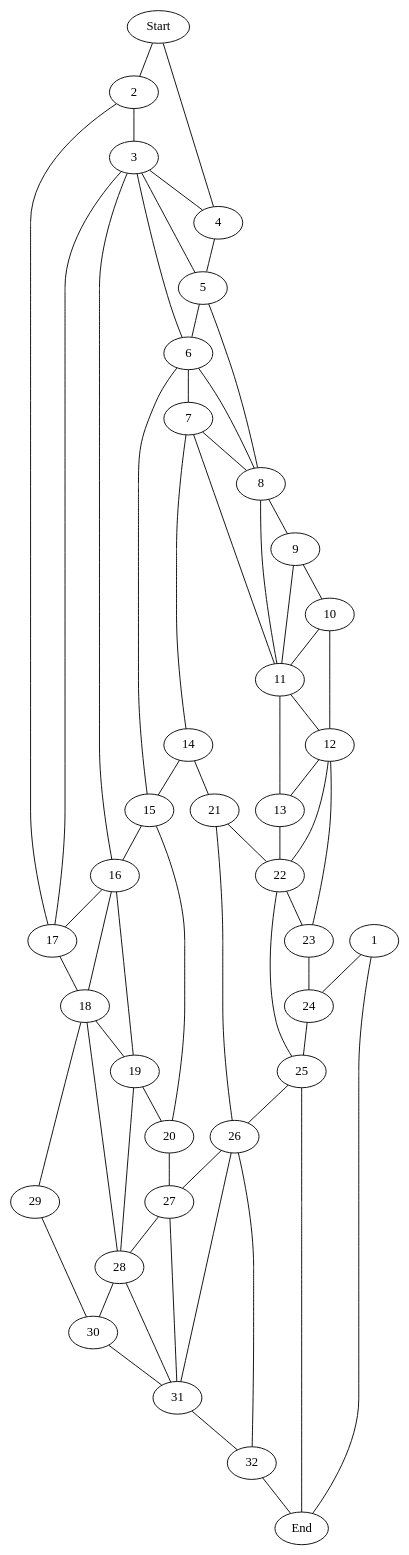
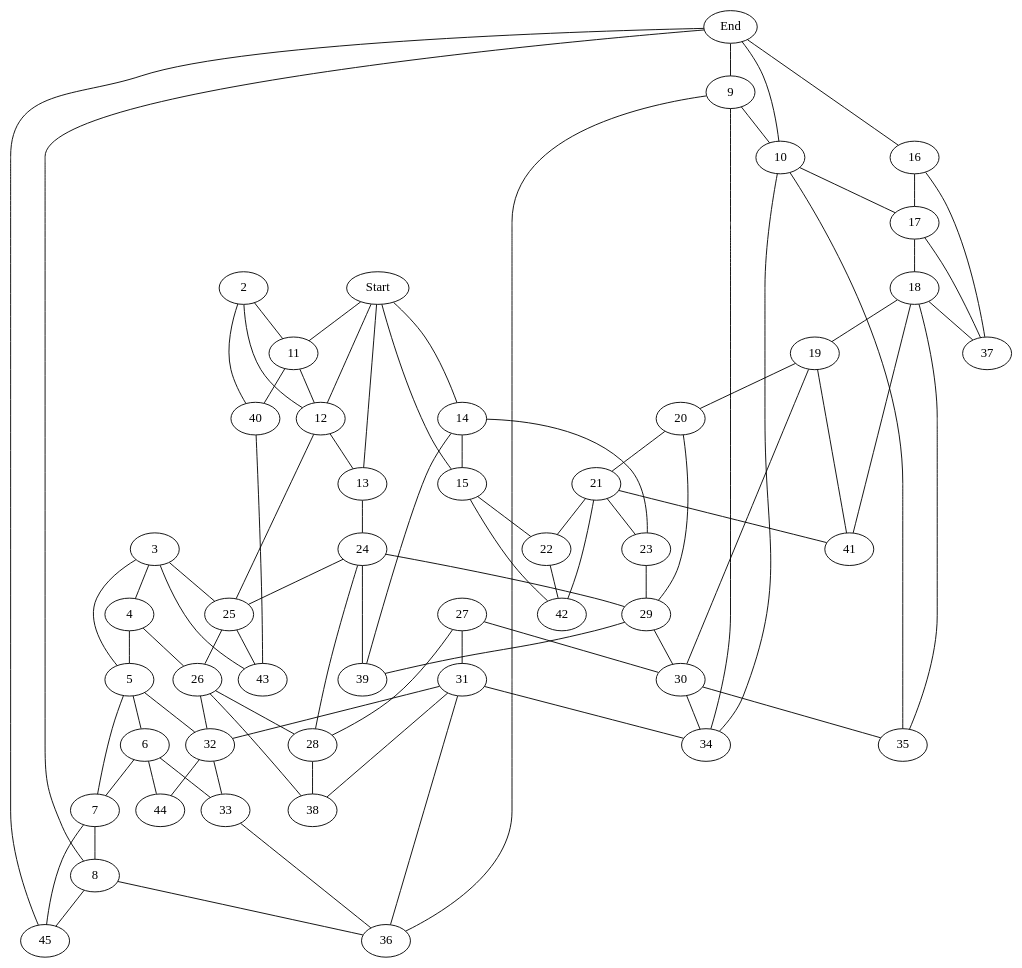
Before and after one commit to Narvik09/Shannon-Switching-Game: the diagram in out.dot, drawn with Graphviz. The commit also changed 83 other files, not shown here.

```diff
--- a/out.dot
+++ b/out.dot
@@ -1,139 +1,138 @@
-graph "Some Unique Identifier" {
-    // Graph - 1
-    // 0 [pos = "189,90";];
-    // 1 [pos = "366,370";];
-    // 2 [pos = "95,154";];
-    // 3 [pos = "318,157";];
-    // 4 [pos = "139,306";];
-    // 5 [pos = "256,305";];
-    // 6 [pos = "510,309";];
-    // 7 [pos = "430,167";];
-    // 8 [pos = "234,424";];
-    // 9 [pos = "365,491";];
-    // End [pos = "553,78";];
-    // Start [pos = "33,372";];
+graph prob29 {
+    Start [pos = "15, 241";];
+    End [pos = "607, 236";];
+    2 [pos = "98, 127";];
+    3 [pos = "196, 46";];
+    4 [pos = "295, 81";];
+    5 [pos = "394, 41";];
+    6 [pos = "481, 85";];
+    7 [pos = "572, 53";];
+    8 [pos = "537, 186";];
+    9 [pos = "526, 252";];
+    10 [pos = "513, 313";];
+    11 [pos = "29, 171";];
+    12 [pos = "101, 195";];
+    13 [pos = "123, 257";];
+    14 [pos = "81, 349";];
+    15 [pos = "31, 358";];
+    16 [pos = "588, 366";];
+    17 [pos = "495, 383";];
+    18 [pos = "427, 438";];
+    19 [pos = "350, 391";];
+    20 [pos = "208, 428";];
+    21 [pos = "110, 443";];
+    22 [pos = "72, 405";];
+    23 [pos = "168, 343";];
+    24 [pos = "188, 228";];
+    25 [pos = "164, 117";];
+    26 [pos = "289, 188";];
+    27 [pos = "333, 287";];
+    28 [pos = "273, 257";];
+    29 [pos = "266, 341";];
+    30 [pos = "332, 347";];
+    31 [pos = "397, 244";];
+    32 [pos = "383, 145";];
+    33 [pos = "474, 179";];
+    34 [pos = "456, 288";];
+    35 [pos = "445, 364";];
+    36 [pos = "476, 220";];
+    37 [pos = "525, 436";];
+    38 [pos = "358, 216";];
+    39 [pos = "187, 292";];
+    40 [pos = "46, 51";];
+    41 [pos = "280, 466";];
+    42 [pos = "29, 438";];
+    43 [pos = "125, 32";];
+    44 [pos = "430, 114";];
+    45 [pos = "609, 128";];
     
-    // // 0 -- 1 [key = "special";];
-    // 0 -- 2 [key = "12";];
-    // 2 -- 4 [key = "13";];
-    // 4 -- 5 [key = "14";];
-    // 1 -- 5 [key = "15";];
-    // 1 -- 6 [key = "16";];
-    // 6 -- 7 [key = "17";];
-    // 3 -- 7 [key = "18";];
-    // 0 -- 3 [key = "19";];
-    // 3 -- 5 [key = "20";];
-    // 0 -- 9 [key = "21";];
-    // 7 -- 9 [key = "22";];
-    // 3 -- 9 [key = "23";];
-    // 1 -- 8 [key = "24";];
-    // 5 -- 8 [key = "25";];
-    // 4 -- 8 [key = "26";];
-    // 6 -- End [key = "27";];
-    // 9 -- End [key = "28";];
-    // 7 -- End [key = "29";];
-    // 4 -- Start [key = "30";];
-    // 8 -- Start [key = "31";];
-    // 2 -- Start [key = "32";];
-    
-    Start [pos = "39, 449";];
-    1 [pos = "607, 30";];
-    2 [pos = "125, 453";];
-    3 [pos = "137, 362";];
-    4 [pos = "47, 362";];
-    5 [pos = "48, 284";];
-    6 [pos = "148, 281";];
-    7 [pos = "149, 192";];
-    8 [pos = "56, 182";];
-    9 [pos = "56, 98";];
-    10 [pos = "160, 25";];
-    11 [pos = "165, 105";];
-    12 [pos = "240, 25";];
-    13 [pos = "245, 113";];
-    14 [pos = "247, 204";];
-    15 [pos = "247, 294";];
-    16 [pos = "247, 367";];
-    17 [pos = "250, 456";];
-    18 [pos = "355, 457";];
-    19 [pos = "363, 361";];
-    20 [pos = "362, 273";];
-    21 [pos = "362, 190";];
-    22 [pos = "366, 121";];
-    23 [pos = "365, 32";];
-    24 [pos = "480, 32";];
-    25 [pos = "480, 116";];
-    26 [pos = "480, 200";];
-    27 [pos = "480, 272";];
-    28 [pos = "480, 355";];
-    29 [pos = "480, 457";];
-    30 [pos = "606, 356";];
-    31 [pos = "606, 292";];
-    32 [pos = "606, 193";];
-    End [pos = "606, 105";];
-    
-    Start -- 2 [key = "34";];
-    2 -- 17 [key = "35";];
-    17 -- 18 [key = "36";];
-    18 -- 29 [key = "37";];
-    29 -- 30 [key = "38";];
-    28 -- 30 [key = "39";];
-    19 -- 28 [key = "40";];
-    16 -- 19 [key = "41";];
-    3 -- 16 [key = "42";];
-    3 -- 4 [key = "43";];
-    4 -- 5 [key = "44";];
-    5 -- 6 [key = "45";];
-    6 -- 15 [key = "46";];
-    15 -- 20 [key = "47";];
-    20 -- 27 [key = "48";];
-    27 -- 31 [key = "49";];
-    31 -- 32 [key = "50";];
-    26 -- 32 [key = "51";];
-    21 -- 26 [key = "52";];
-    14 -- 21 [key = "53";];
-    7 -- 14 [key = "54";];
-    7 -- 8 [key = "55";];
-    8 -- 9 [key = "56";];
-    9 -- 11 [key = "57";];
-    11 -- 13 [key = "58";];
-    13 -- 22 [key = "59";];
-    22 -- 25 [key = "60";];
-    1 -- End [key = "61";];
-    1 -- 24 [key = "62";];
-    23 -- 24 [key = "63";];
-    12 -- 23 [key = "64";];
-    10 -- 12 [key = "65";];
-    9 -- 10 [key = "66";];
-    Start -- 4 [key = "67";];
-    2 -- 3 [key = "68";];
-    16 -- 17 [key = "69";];
+    Start -- 15 [key = "46";];
+    14 -- 15 [key = "47";];
+    Start -- 14 [key = "48";];
+    Start -- 13 [key = "49";];
+    12 -- 13 [key = "50";];
+    Start -- 12 [key = "51";];
+    Start -- 11 [key = "52";];
+    11 -- 12 [key = "53";];
+    2 -- 11 [key = "54";];
+    3 -- 4 [key = "55";];
+    4 -- 5 [key = "56";];
+    5 -- 6 [key = "57";];
+    32 -- 33 [key = "58";];
+    7 -- 8 [key = "59";];
+    End -- 8 [key = "60";];
+    End -- 9 [key = "61";];
+    9 -- 10 [key = "62";];
+    End -- 10 [key = "63";];
+    End -- 16 [key = "64";];
+    16 -- 17 [key = "65";];
+    10 -- 17 [key = "66";];
+    9 -- 36 [key = "67";];
+    33 -- 36 [key = "68";];
+    17 -- 18 [key = "69";];
     18 -- 19 [key = "70";];
-    30 -- 31 [key = "71";];
-    32 -- End [key = "72";];
-    25 -- 26 [key = "73";];
-    26 -- 27 [key = "74";];
-    27 -- 28 [key = "75";];
-    19 -- 20 [key = "76";];
-    21 -- 22 [key = "77";];
-    22 -- 23 [key = "78";];
-    24 -- 25 [key = "79";];
-    12 -- 13 [key = "80";];
-    14 -- 15 [key = "81";];
-    15 -- 16 [key = "82";];
-    3 -- 6 [key = "83";];
-    6 -- 7 [key = "84";];
-    7 -- 11 [key = "85";];
-    10 -- 11 [key = "86";];
-    5 -- 8 [key = "87";];
-    8 -- 11 [key = "89";];
-    11 -- 12 [key = "90";];
-    18 -- 28 [key = "91";];
-    28 -- 31 [key = "92";];
-    12 -- 22 [key = "93";];
-    16 -- 18 [key = "94";];
-    26 -- 31 [key = "95";];
-    3 -- 17 [key = "96";];
-    3 -- 5 [key = "97";];
-    25 -- End [key = "98";];
-    6 -- 8 [key = "99";];
+    19 -- 20 [key = "71";];
+    20 -- 21 [key = "72";];
+    21 -- 22 [key = "73";];
+    15 -- 22 [key = "74";];
+    19 -- 30 [key = "75";];
+    18 -- 35 [key = "76";];
+    30 -- 35 [key = "77";];
+    29 -- 30 [key = "78";];
+    23 -- 29 [key = "79";];
+    13 -- 24 [key = "80";];
+    24 -- 29 [key = "81";];
+    24 -- 28 [key = "82";];
+    27 -- 30 [key = "83";];
+    10 -- 34 [key = "84";];
+    30 -- 34 [key = "85";];
+    27 -- 31 [key = "86";];
+    31 -- 34 [key = "87";];
+    31 -- 36 [key = "88";];
+    26 -- 32 [key = "89";];
+    5 -- 32 [key = "90";];
+    3 -- 25 [key = "91";];
+    2 -- 12 [key = "92";];
+    12 -- 25 [key = "93";];
+    24 -- 25 [key = "94";];
+    3 -- 5 [key = "95";];
+    5 -- 7 [key = "96";];
+    8 -- 36 [key = "97";];
+    16 -- 37 [key = "98";];
+    18 -- 37 [key = "99";];
+    9 -- 34 [key = "100";];
+    21 -- 41 [key = "101";];
+    19 -- 41 [key = "102";];
+    18 -- 41 [key = "103";];
+    21 -- 42 [key = "104";];
+    15 -- 42 [key = "105";];
+    22 -- 42 [key = "106";];
+    21 -- 23 [key = "107";];
+    14 -- 23 [key = "108";];
+    14 -- 39 [key = "109";];
+    24 -- 39 [key = "110";];
+    29 -- 39 [key = "111";];
+    28 -- 38 [key = "112";];
+    26 -- 38 [key = "113";];
+    4 -- 26 [key = "114";];
+    26 -- 28 [key = "115";];
+    25 -- 26 [key = "116";];
+    25 -- 43 [key = "117";];
+    3 -- 43 [key = "118";];
+    40 -- 43 [key = "119";];
+    11 -- 40 [key = "120";];
+    2 -- 40 [key = "121";];
+    6 -- 33 [key = "122";];
+    End -- 45 [key = "123";];
+    8 -- 45 [key = "124";];
+    7 -- 45 [key = "125";];
+    31 -- 38 [key = "126";];
+    20 -- 29 [key = "127";];
+    27 -- 28 [key = "128";];
+    6 -- 7 [key = "129";];
+    17 -- 37 [key = "130";];
+    10 -- 35 [key = "131";];
+    31 -- 32 [key = "132";];
+    32 -- 44 [key = "133";];
+    6 -- 44 [key = "134";];
 }
```
